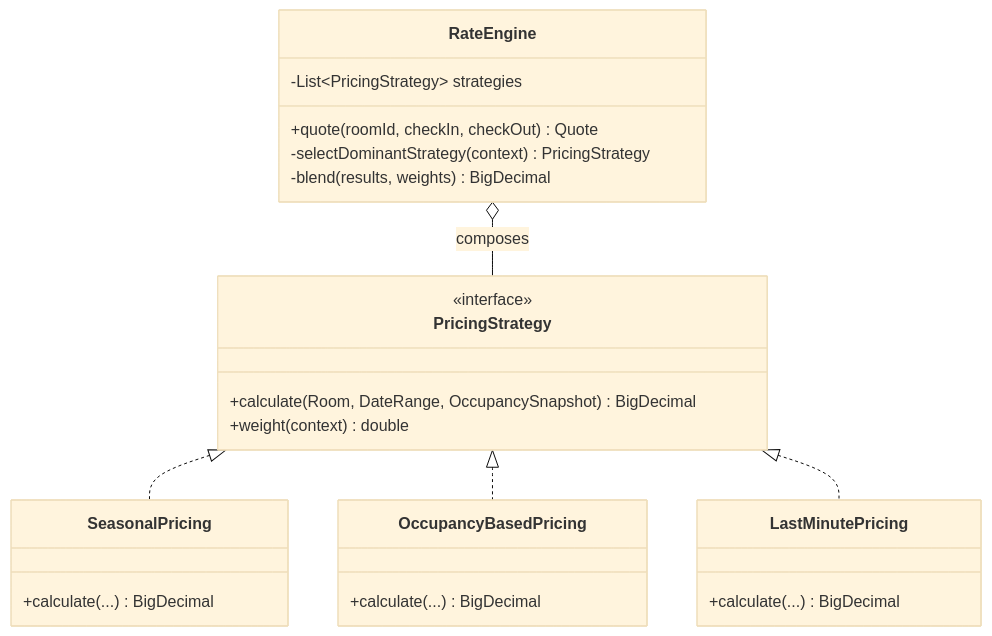
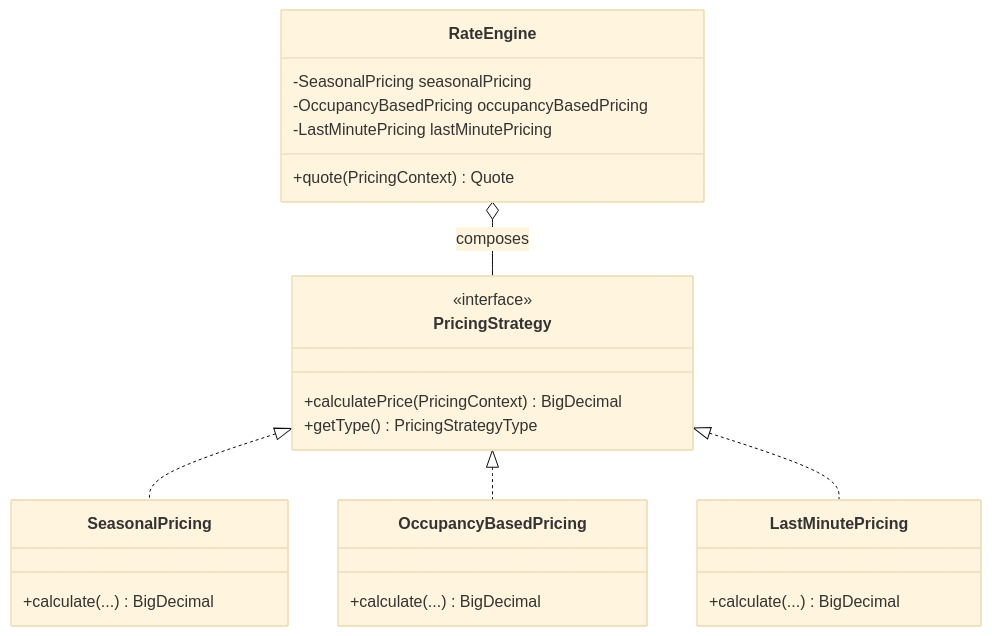
One commit to divyat2605/dynamicstay-revenue-engine changed the fifth of 5 diagrams in README.md. Above: the diagram before and after it, drawn with Mermaid (base theme). The commit also changed other lines of this file and 22 other files, not shown here.

````diff
--- a/README.md
+++ b/README.md
@@ -270,28 +270,28 @@
 ```mermaid
 classDiagram
     class PricingStrategy {
         <<interface>>
-        +calculate(Room, DateRange, OccupancySnapshot) BigDecimal
-        +weight(context) double
+        +calculatePrice(PricingContext) BigDecimal
+        +getType() PricingStrategyType
     }
     class SeasonalPricing {
         +calculate(...) BigDecimal
     }
     class OccupancyBasedPricing {
         +calculate(...) BigDecimal
     }
     class LastMinutePricing {
         +calculate(...) BigDecimal
     }
     class RateEngine {
-        -List~PricingStrategy~ strategies
-        +quote(roomId, checkIn, checkOut) Quote
-        -selectDominantStrategy(context) PricingStrategy
-        -blend(results, weights) BigDecimal
+        -SeasonalPricing seasonalPricing
+        -OccupancyBasedPricing occupancyBasedPricing
+        -LastMinutePricing lastMinutePricing
+        +quote(PricingContext) Quote
     }
 
     PricingStrategy <|.. SeasonalPricing
     PricingStrategy <|.. OccupancyBasedPricing
     PricingStrategy <|.. LastMinutePricing
     RateEngine o-- PricingStrategy : composes
 ```
````
